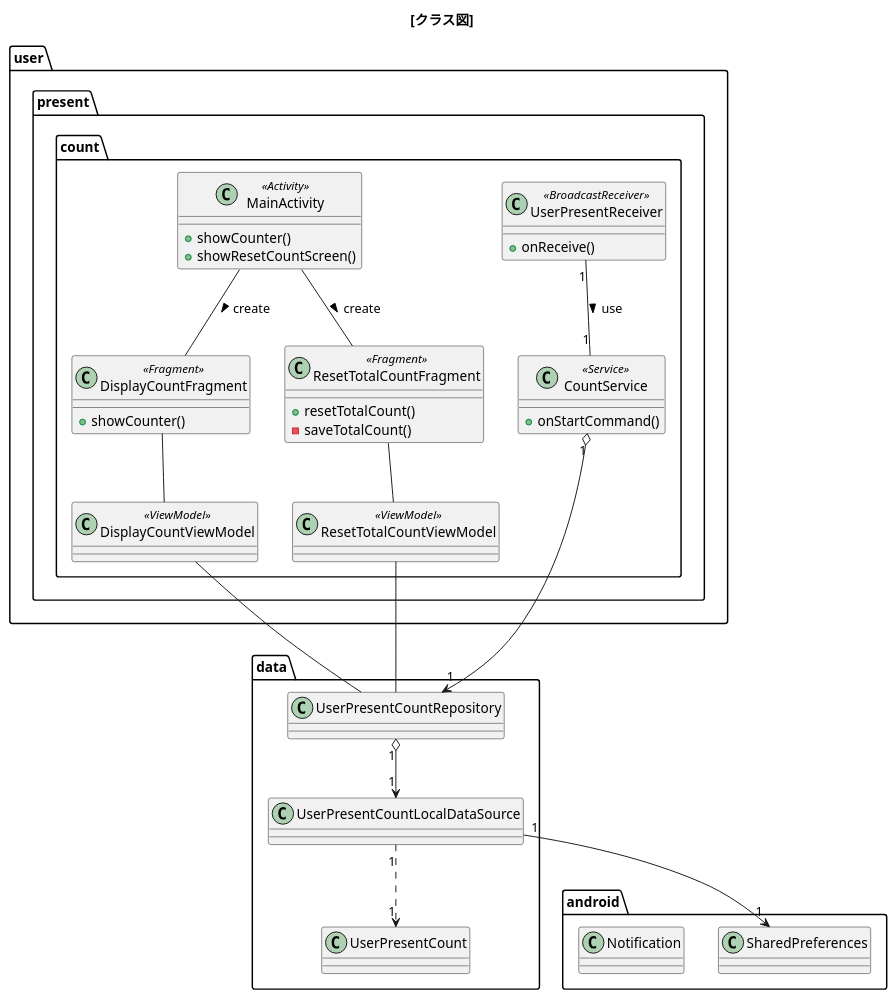
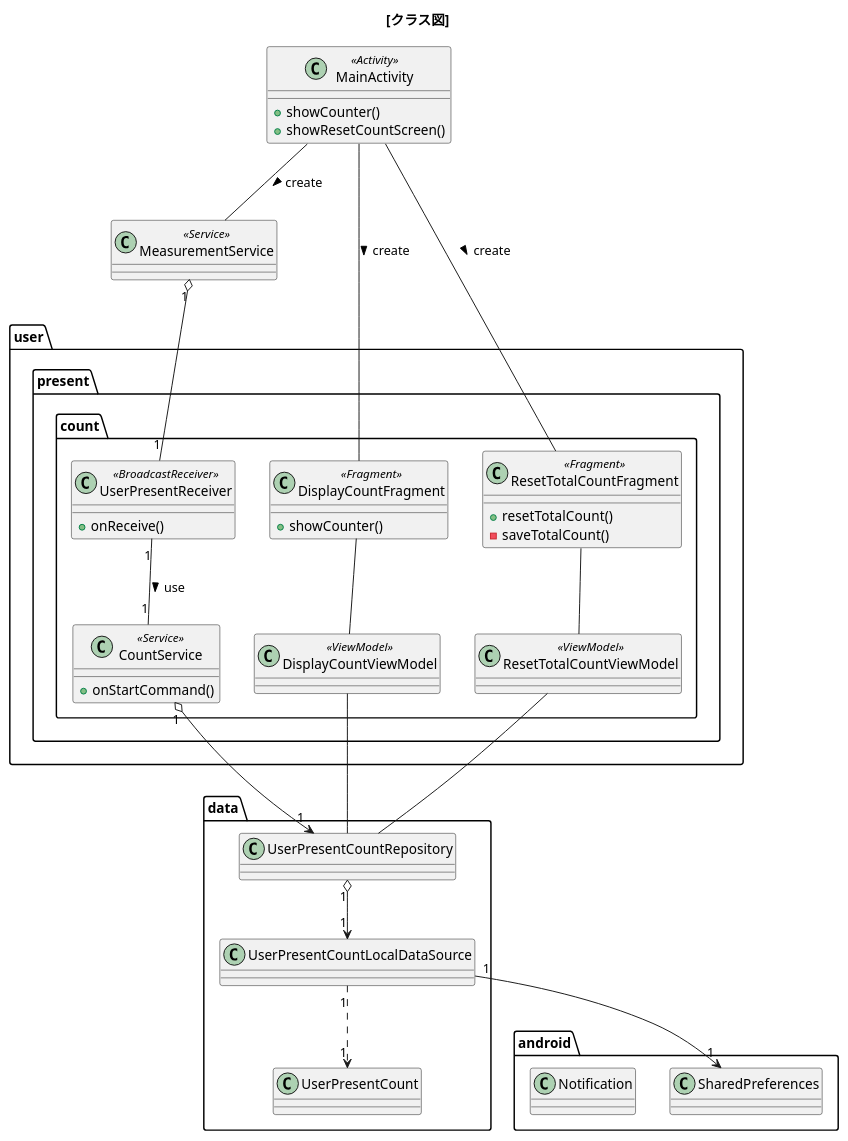
One commit to dotechan/UserPresentCounter changed the diagram in design/class_diagram.pu. Above: the diagram before and after it, drawn with PlantUML. The commit also changed 5 other files, not shown here.

```diff
--- a/design/class_diagram.pu
+++ b/design/class_diagram.pu
@@ -1,62 +1,68 @@
 @startuml
 
 title [クラス図]
 
 ' === 定義 ===
 package android {
     class SharedPreferences
     class Notification
 }
 
+class MainActivity <<Activity>> {
+    + showCounter()
+    + showResetCountScreen()
+}
+
+class MeasurementService <<Service>> {
+
+}
+
 package user.present.count {
     class UserPresentReceiver <<BroadcastReceiver>> {
         + onReceive()
     }
 
     class CountService <<Service>> {
         + onStartCommand()
-    }
-
-    class MainActivity <<Activity>> {
-        + showCounter()
-        + showResetCountScreen()
     }
 
     class DisplayCountFragment <<Fragment>> {
         + showCounter()
     }
 
     class DisplayCountViewModel <<ViewModel>> {
     }
 
     class ResetTotalCountFragment <<Fragment>> {
         + resetTotalCount()
         - saveTotalCount()
     }
 
     class ResetTotalCountViewModel <<ViewModel>> {
 
     }
 }
 
 package data {
     class UserPresentCountRepository
     class UserPresentCountLocalDataSource
     class UserPresentCount
 }
 
 ' === 関係 ===
+MainActivity -- MeasurementService : create >
+MeasurementService "1" o-- "1" UserPresentReceiver
 UserPresentReceiver "1" -- "1" CountService : use >
 CountService "1" o--> "1" UserPresentCountRepository
 UserPresentCountRepository "1" o--> "1" UserPresentCountLocalDataSource
 UserPresentCountLocalDataSource "1" ..> "1" UserPresentCount
 UserPresentCountLocalDataSource "1" --> "1" SharedPreferences
 
 MainActivity -- DisplayCountFragment : create >
 MainActivity -- ResetTotalCountFragment : create >
 DisplayCountFragment -- DisplayCountViewModel
 ResetTotalCountFragment -- ResetTotalCountViewModel
 DisplayCountViewModel -- UserPresentCountRepository
 ResetTotalCountViewModel -- UserPresentCountRepository
 
 @enduml
```
